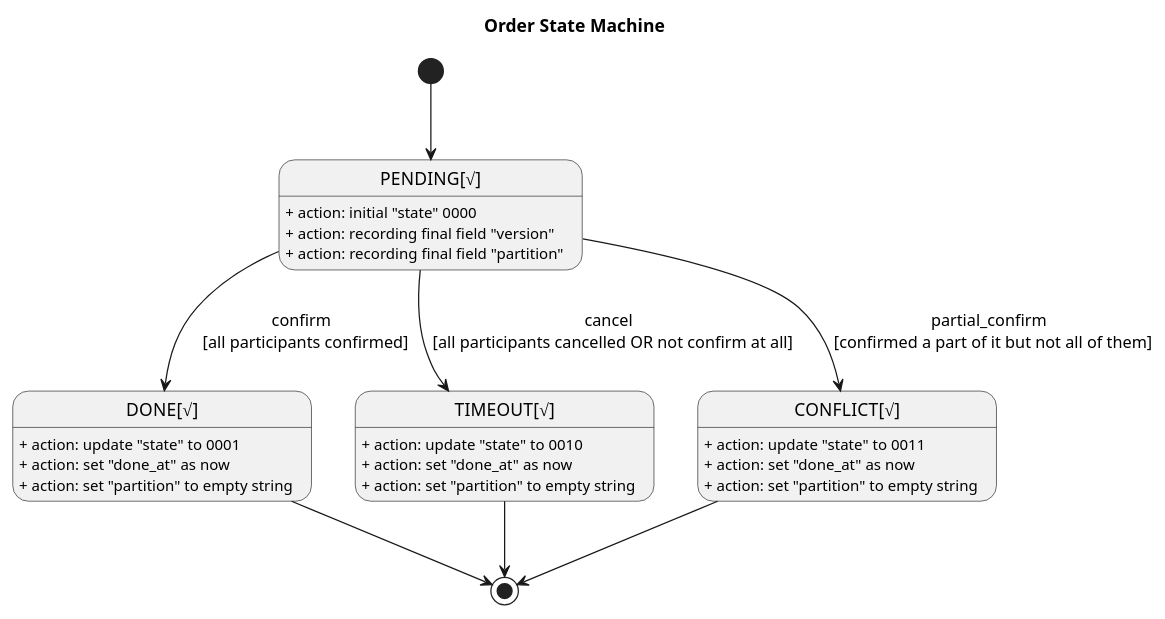
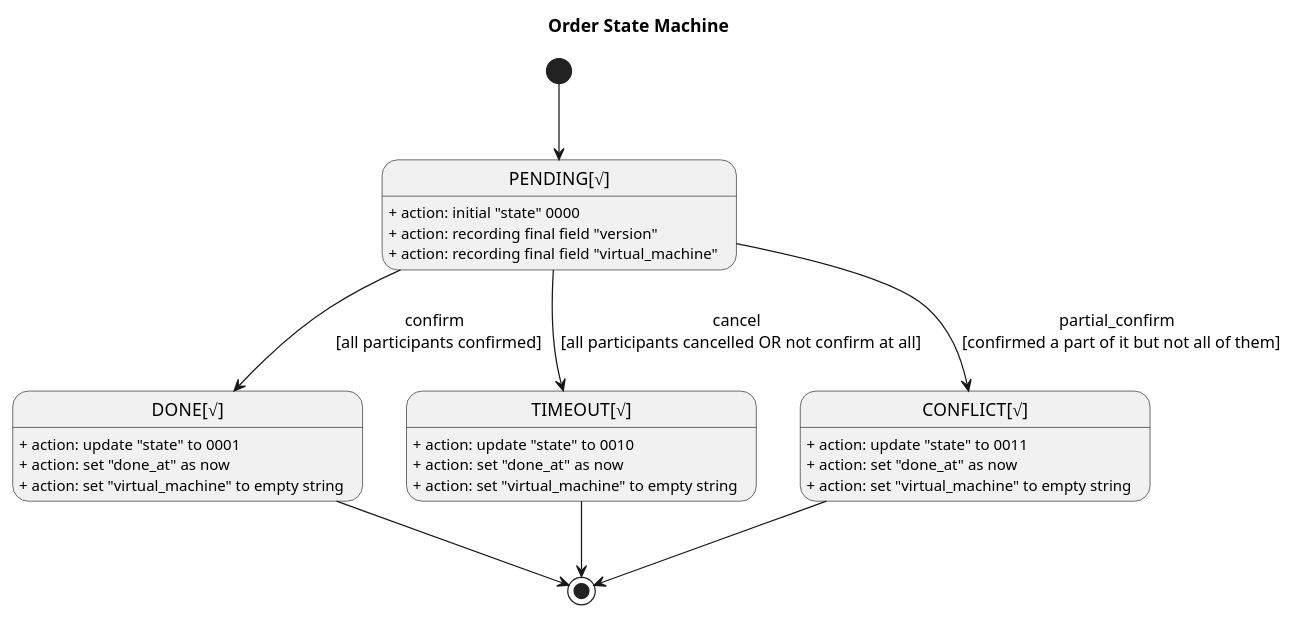
Before and after one commit to prontera/spring-cloud-rest-tcc: the diagram in rest-tcc-projects/rest-tcc-order/src/main/resources/puml/order-state.puml, drawn with PlantUML. The commit also changed 94 other files, not shown here.

```diff
--- a/rest-tcc-projects/rest-tcc-order/src/main/resources/puml/order-state.puml
+++ b/rest-tcc-projects/rest-tcc-order/src/main/resources/puml/order-state.puml
@@ -1,34 +1,34 @@
 @startuml
 skinparam monochrome true
 scale 1
 title Order State Machine
 
 ' State
 state "PENDING[√]" as PENDING
 PENDING: + action: initial "state" 0000
 PENDING: + action: recording final field "version"
-PENDING: + action: recording final field "partition"
+PENDING: + action: recording final field "virtual_machine"
 '''
 state "DONE[√]" as DONE
 DONE: + action: update "state" to 0001
 DONE: + action: set "done_at" as now
-DONE: + action: set "partition" to empty string
+DONE: + action: set "virtual_machine" to empty string
 '''
 state "TIMEOUT[√]" as TIMEOUT
 TIMEOUT: + action: update "state" to 0010
 TIMEOUT: + action: set "done_at" as now
-TIMEOUT: + action: set "partition" to empty string
+TIMEOUT: + action: set "virtual_machine" to empty string
 '''
 state "CONFLICT[√]" as CONFLICT
 CONFLICT: + action: update "state" to 0011
 CONFLICT: + action: set "done_at" as now
-CONFLICT: + action: set "partition" to empty string
+CONFLICT: + action: set "virtual_machine" to empty string
 ' Transition
 [*] --> PENDING
 PENDING --> DONE: confirm \n [all participants confirmed]
 PENDING --> TIMEOUT: cancel \n [all participants cancelled OR not confirm at all]
 PENDING --> CONFLICT: partial_confirm \n [confirmed a part of it but not all of them]
 DONE --> [*]
 TIMEOUT --> [*]
 CONFLICT --> [*]
 @enduml
```
